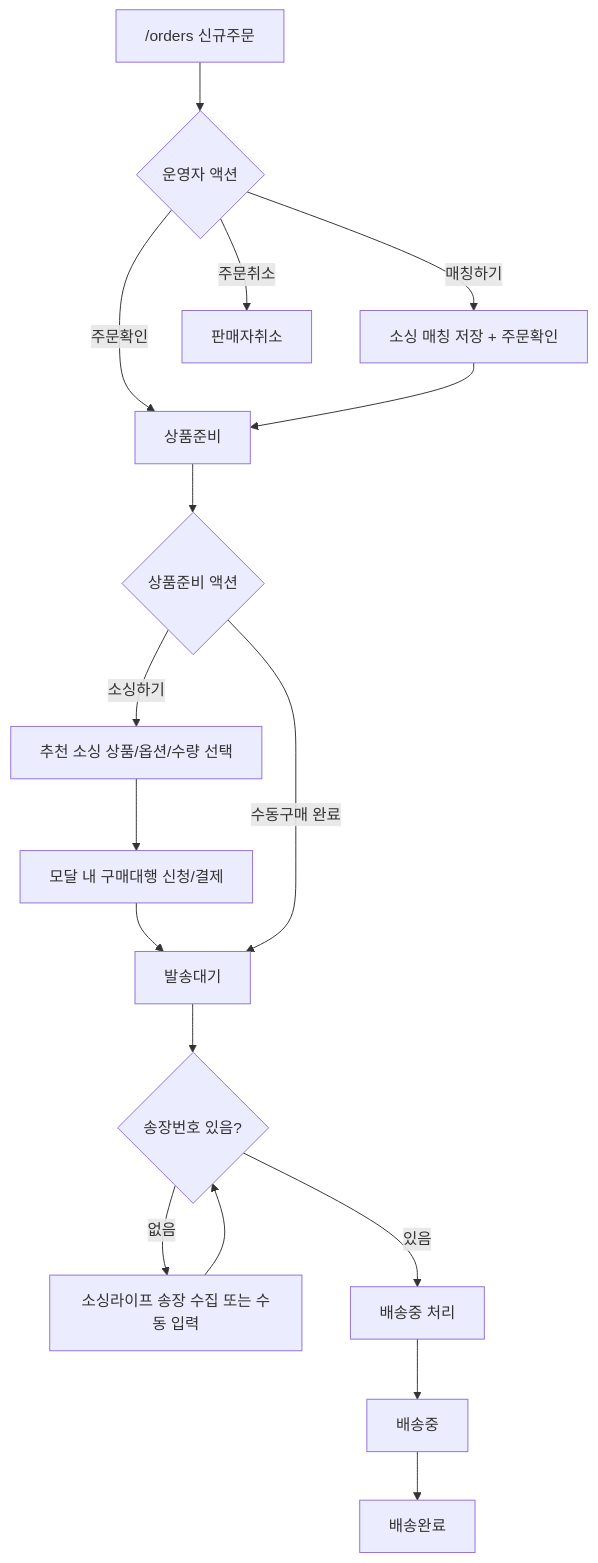
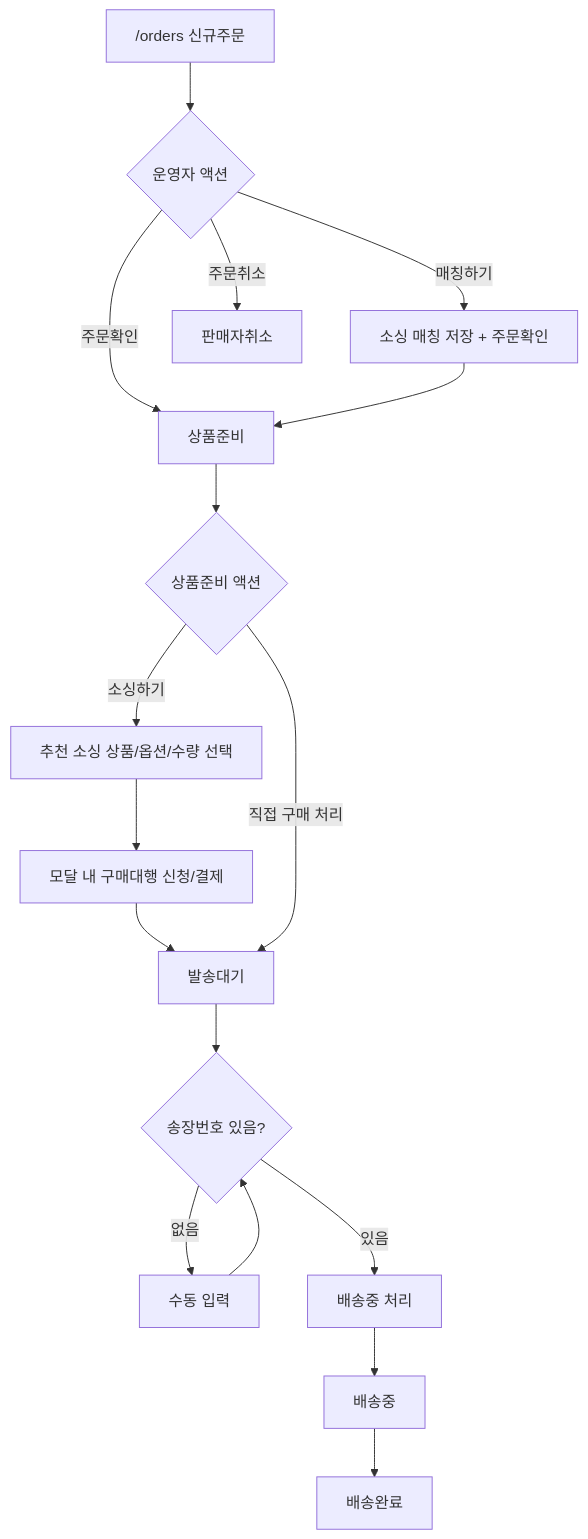
One commit to moonceo/Jmpp changed the first of 5 diagrams in docs/08_유저플로우/01_주문처리_유저플로우.md. Above: the diagram before and after it, drawn with Mermaid. The commit also changed other lines of this file and 37 other files, not shown here.

````diff
--- a/docs/08_유저플로우/01_주문처리_유저플로우.md
+++ b/docs/08_유저플로우/01_주문처리_유저플로우.md
@@ -11,19 +11,19 @@
 ```mermaid
 flowchart TD
     A["/orders 신규주문"] --> B{"운영자 액션"}
     B -->|"주문확인"| C["상품준비"]
     B -->|"매칭하기"| D["소싱 매칭 저장 + 주문확인"]
     D --> C
     B -->|"주문취소"| X["판매자취소"]
     C --> E{"상품준비 액션"}
     E -->|"소싱하기"| F["추천 소싱 상품/옵션/수량 선택"]
     F --> G["모달 내 구매대행 신청/결제"]
     G --> H["발송대기"]
-    E -->|"수동구매 완료"| H
+    E -->|"직접 구매 처리"| H
     H --> I{"송장번호 있음?"}
-    I -->|"없음"| J["소싱라이프 송장 수집 또는 수동 입력"]
+    I -->|"없음"| J["수동 입력"]
     J --> I
     I -->|"있음"| K["배송중 처리"]
     K --> L["배송중"]
     L --> M["배송완료"]
 ```
````
